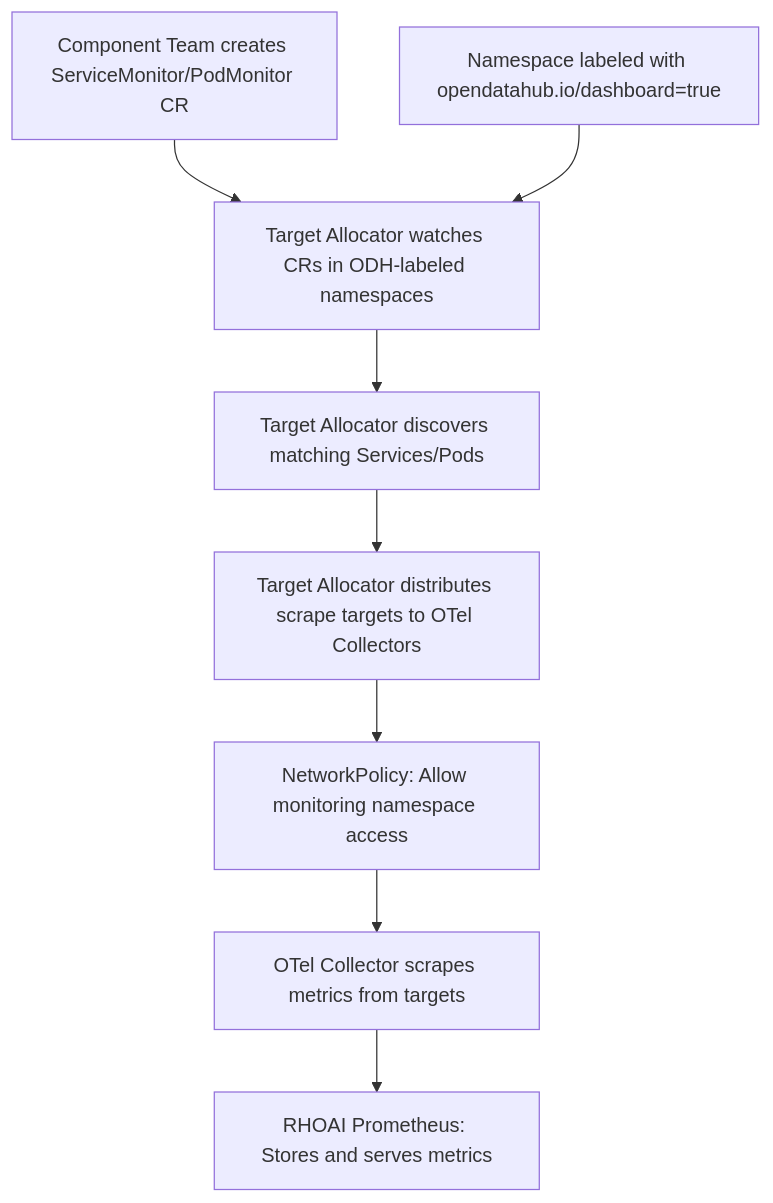
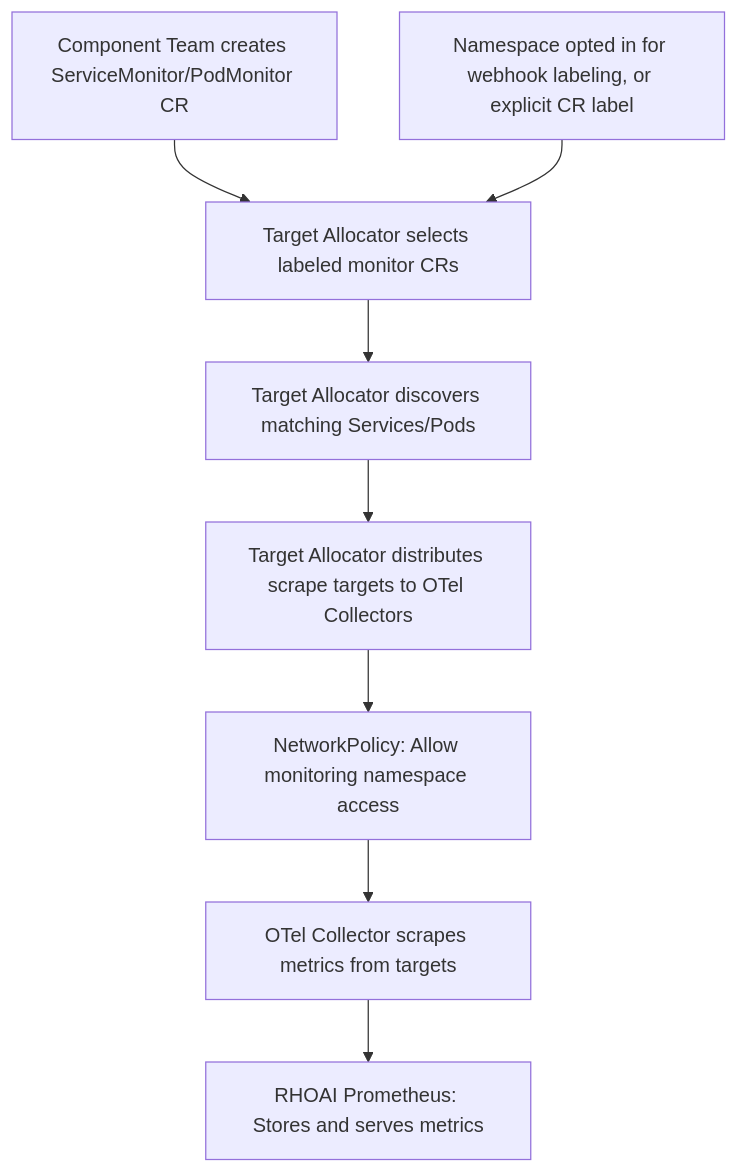
One commit to opendatahub-io/architecture-decision-records changed the diagram in architecture-decision-records/operator/ODH-ADR-Operator-0010-Observability-component metrics scraping.md. Above: the diagram before and after it, drawn with Mermaid. The commit also changed other lines of this file, not shown here.

First line of the commit message:
Clarify modular monitor discovery in ODH-ADR-Operator-0010 (#182)

````diff
--- a/architecture-decision-records/operator/ODH-ADR-Operator-0010-Observability-component metrics scraping.md
+++ b/architecture-decision-records/operator/ODH-ADR-Operator-0010-Observability-component metrics scraping.md
@@ -46,11 +66,11 @@
 ```mermaid
 graph TD
-    A[Component Team creates ServiceMonitor/PodMonitor CR] --> B[Target Allocator watches CRs in ODH-labeled namespaces]
+    A[Component Team creates ServiceMonitor/PodMonitor CR] --> B[Target Allocator selects labeled monitor CRs]
     B --> C[Target Allocator discovers matching Services/Pods]
     C --> D[Target Allocator distributes scrape targets to OTel Collectors]
     D --> E[NetworkPolicy: Allow monitoring namespace access]
     E --> F[OTel Collector scrapes metrics from targets]
     F --> G[RHOAI Prometheus: Stores and serves metrics]
 
-    H[Namespace labeled with opendatahub.io/dashboard=true] --> B
+    H[Namespace opted in for webhook labeling, or explicit CR label] --> B
 ```
````
